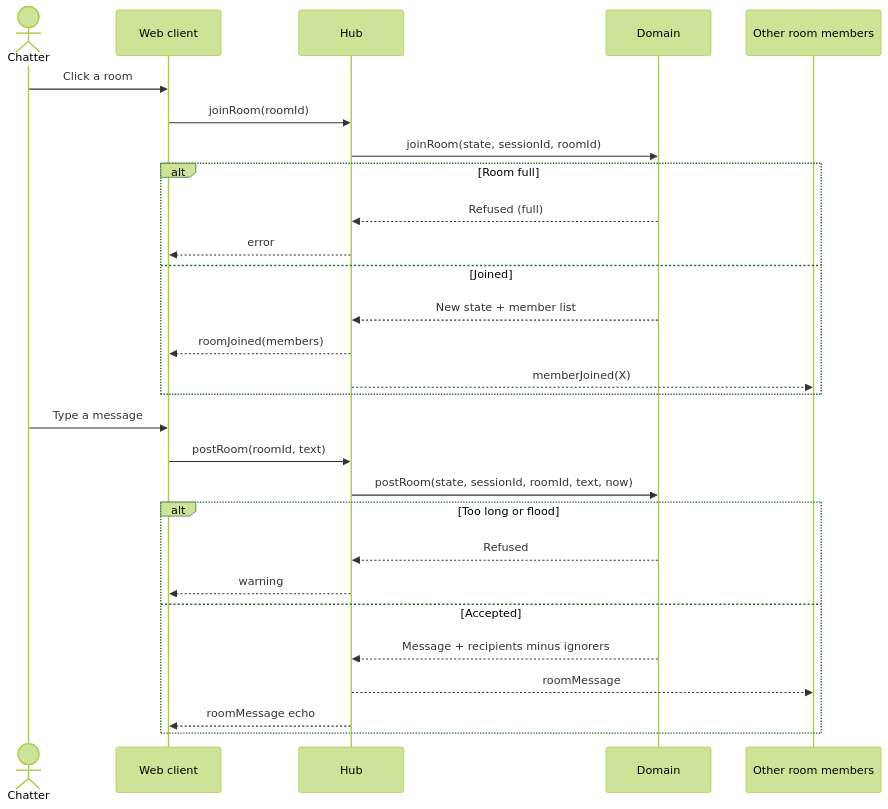
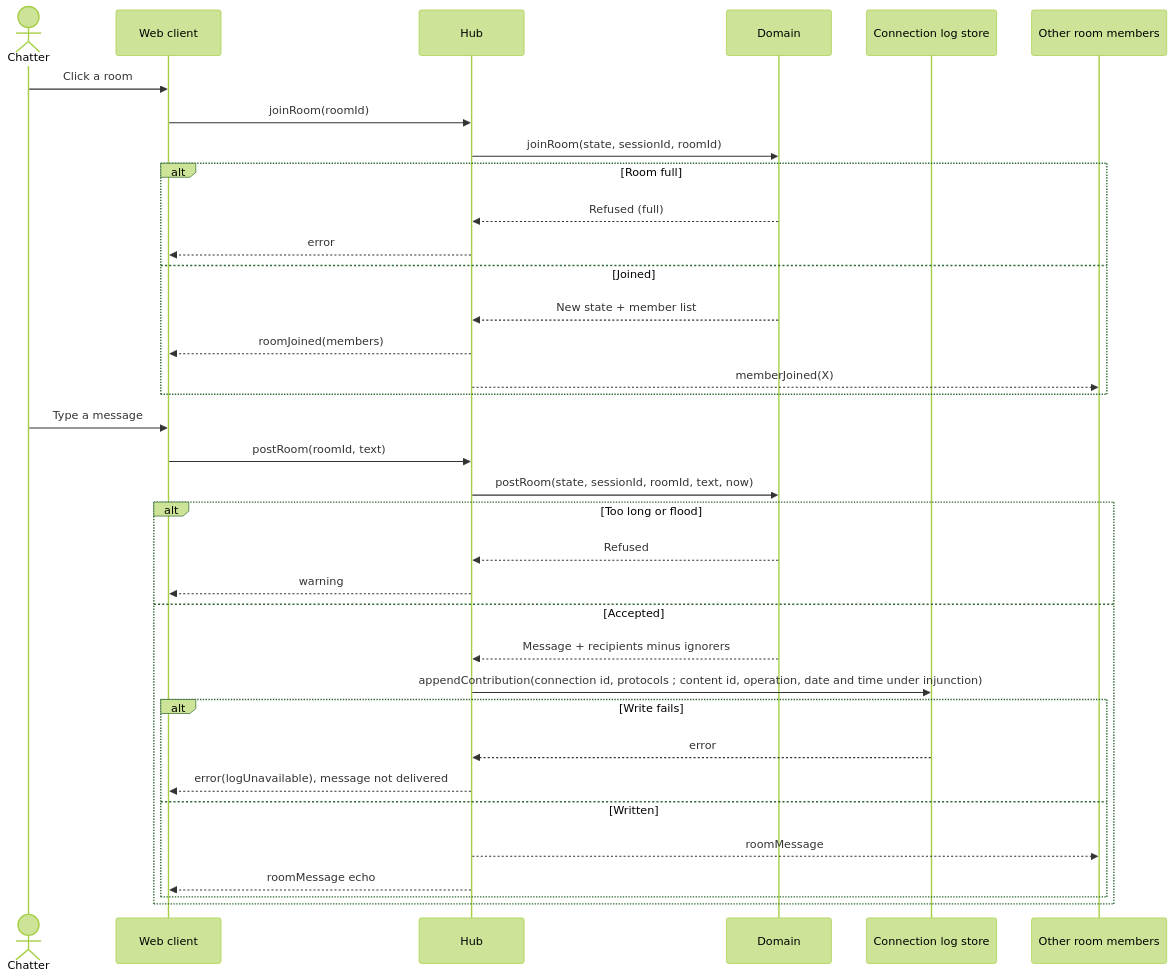
Before and after one commit to benoit-bremaud/asv: the diagram in docs/architecture/diagrams/rooms/02-sequence-join-and-post.md, drawn with Mermaid (forest theme). The commit also changed other lines of this file and 41 other files, not shown here.

````diff
--- a/docs/architecture/diagrams/rooms/02-sequence-join-and-post.md
+++ b/docs/architecture/diagrams/rooms/02-sequence-join-and-post.md
@@ -15,30 +15,37 @@
 ```mermaid
 sequenceDiagram
   actor C as Chatter
   participant W as Web client
   participant H as Hub
   participant D as Domain
+  participant L as Connection log store
   participant O as Other room members
   C->>W: Click a room
   W->>H: joinRoom(roomId)
   H->>D: joinRoom(state, sessionId, roomId)
   alt Room full
     D-->>H: Refused (full)
     H-->>W: error
   else Joined
     D-->>H: New state + member list
     H-->>W: roomJoined(members)
     H-->>O: memberJoined(X)
   end
   C->>W: Type a message
   W->>H: postRoom(roomId, text)
   H->>D: postRoom(state, sessionId, roomId, text, now)
   alt Too long or flood
     D-->>H: Refused
     H-->>W: warning
   else Accepted
     D-->>H: Message + recipients minus ignorers
-    H-->>O: roomMessage
-    H-->>W: roomMessage echo
+    H->>L: appendContribution(connection id, protocols #59; content id, operation, date and time under injunction)
+    alt Write fails
+      L-->>H: error
+      H-->>W: error(logUnavailable), message not delivered
+    else Written
+      H-->>O: roomMessage
+      H-->>W: roomMessage echo
+    end
   end
 ```
````
